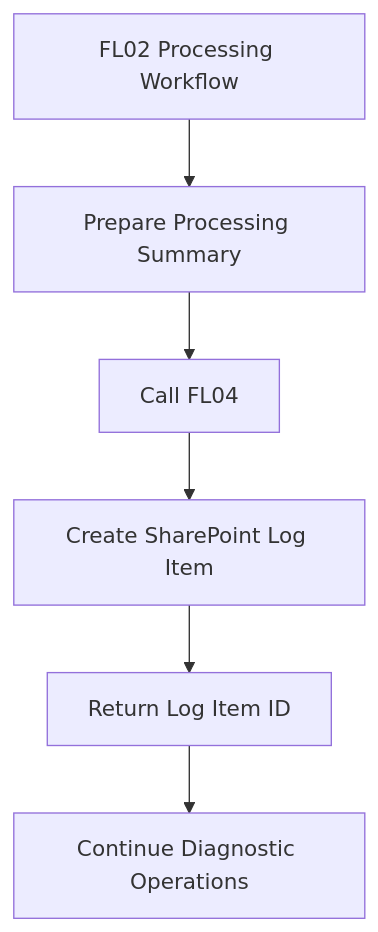
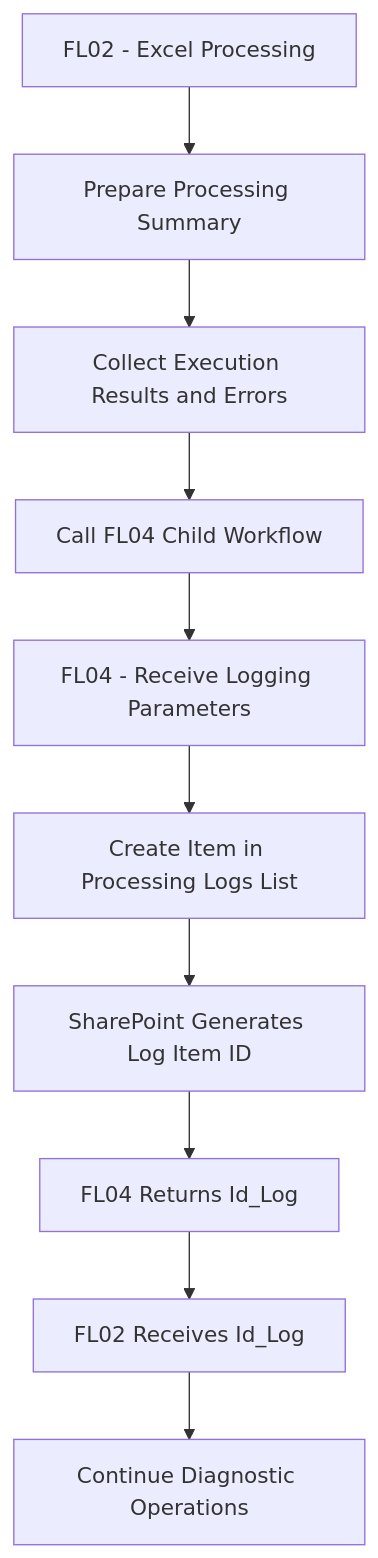
The diagram in Power-Automate/SharePoint-Excel-Automation/Sharepoint/lists/processing-logs.md (smartinmunoz/power-platform-portfolio), drawn with Mermaid before and after one commit. The commit also changed other lines of this file, not shown here.

Commit message:
docs: update FL04 logging workflow diagram
Updated the logging workflow diagram and clarified the logging process between FL02 and FL04.

````diff
--- a/Power-Automate/SharePoint-Excel-Automation/Sharepoint/lists/processing-logs.md
+++ b/Power-Automate/SharePoint-Excel-Automation/Sharepoint/lists/processing-logs.md
@@ -107,8 +108,23 @@
 ```mermaid
 flowchart TD
-    A[FL02 Processing Workflow] --> B[Prepare Processing Summary]
-    B --> C[Call FL04]
-    C --> D[Create SharePoint Log Item]
-    D --> E[Return Log Item ID]
-    E --> F[Continue Diagnostic Operations]
+    A[FL02 - Excel Processing]
+    B[Prepare Processing Summary]
+    C[Collect Execution Results and Errors]
+    D[Call FL04 Child Workflow]
+    E[FL04 - Receive Logging Parameters]
+    F[Create Item in Processing Logs List]
+    G[SharePoint Generates Log Item ID]
+    H[FL04 Returns Id_Log]
+    I[FL02 Receives Id_Log]
+    J[Continue Diagnostic Operations]
+
+    A --> B
+    B --> C
+    C --> D
+    D --> E
+    E --> F
+    F --> G
+    G --> H
+    H --> I
+    I --> J
 ```
````
